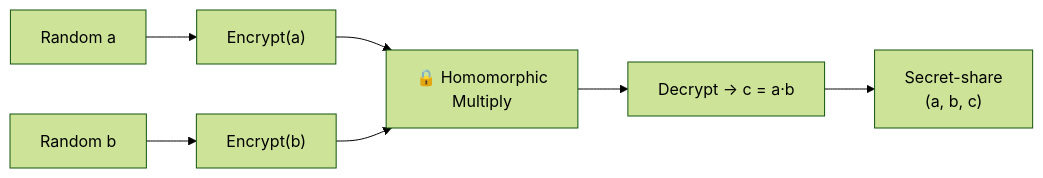
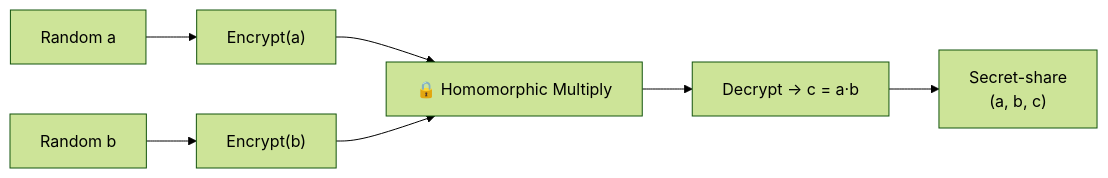
Before and after one commit to saim-bilal/smpc_fhe_demo: the second of 3 diagrams in README.md, drawn with Mermaid (forest theme). The commit also changed other lines of this file and 6 other files, not shown here.

````diff
--- a/README.md
+++ b/README.md
@@ -87,9 +87,9 @@
 ```mermaid
 flowchart LR
     A["Random a"] --> ENC_A["Encrypt(a)"]
     B["Random b"] --> ENC_B["Encrypt(b)"]
-    ENC_A --> MUL["🔒 Homomorphic\nMultiply"]
+    ENC_A --> MUL["🔒 Homomorphic Multiply"]
     ENC_B --> MUL
     MUL --> DEC["Decrypt → c = a·b"]
     DEC --> SHARE["Secret-share\n(a, b, c)"]
 ```
````
